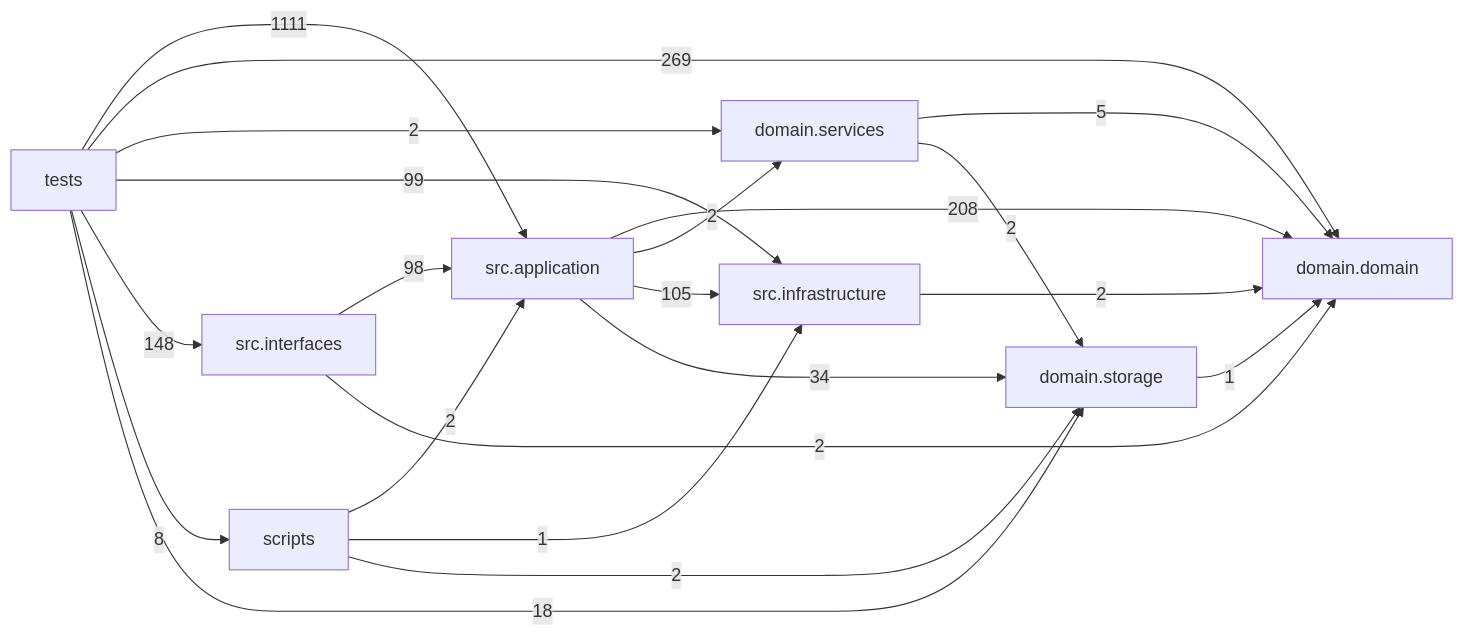
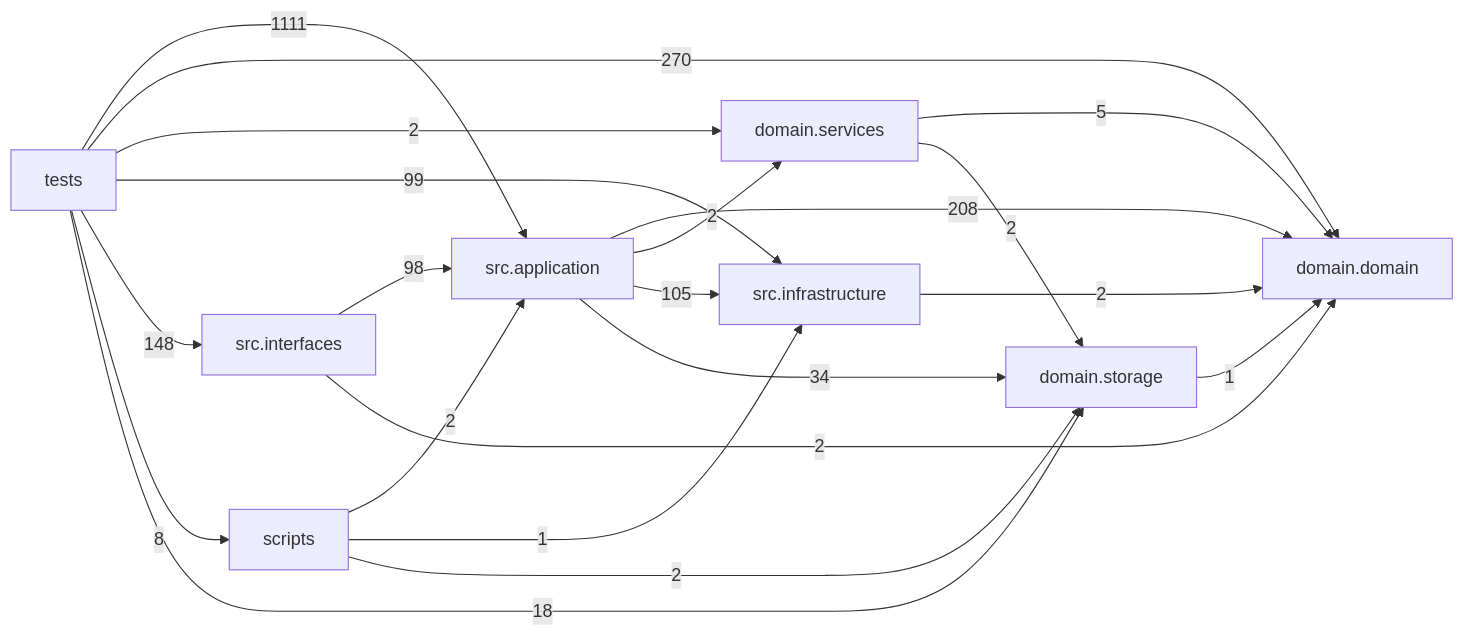
Before and after one commit to liuxie066/options-monitor: the diagram in docs/DEPENDENCY_GRAPH.md, drawn with Mermaid. The commit also changed other lines of this file and 4 other files, not shown here.

````diff
--- a/docs/DEPENDENCY_GRAPH.md
+++ b/docs/DEPENDENCY_GRAPH.md
@@ -24,31 +24,31 @@
 ```mermaid
 flowchart LR
   tests["tests"]
   scripts["scripts"]
   interfaces["src.interfaces"]
   application["src.application"]
   infrastructure["src.infrastructure"]
   domain_services["domain.services"]
   domain["domain.domain"]
   storage["domain.storage"]
   application -->|208| domain
   application -->|2| domain_services
   application -->|105| infrastructure
   application -->|34| storage
   domain_services -->|5| domain
   domain_services -->|2| storage
   infrastructure -->|2| domain
   interfaces -->|98| application
   interfaces -->|2| domain
   scripts -->|2| application
   scripts -->|1| infrastructure
   scripts -->|2| storage
   storage -->|1| domain
   tests -->|1111| application
-  tests -->|269| domain
+  tests -->|270| domain
   tests -->|2| domain_services
   tests -->|99| infrastructure
   tests -->|148| interfaces
   tests -->|8| scripts
   tests -->|18| storage
 ```
````
